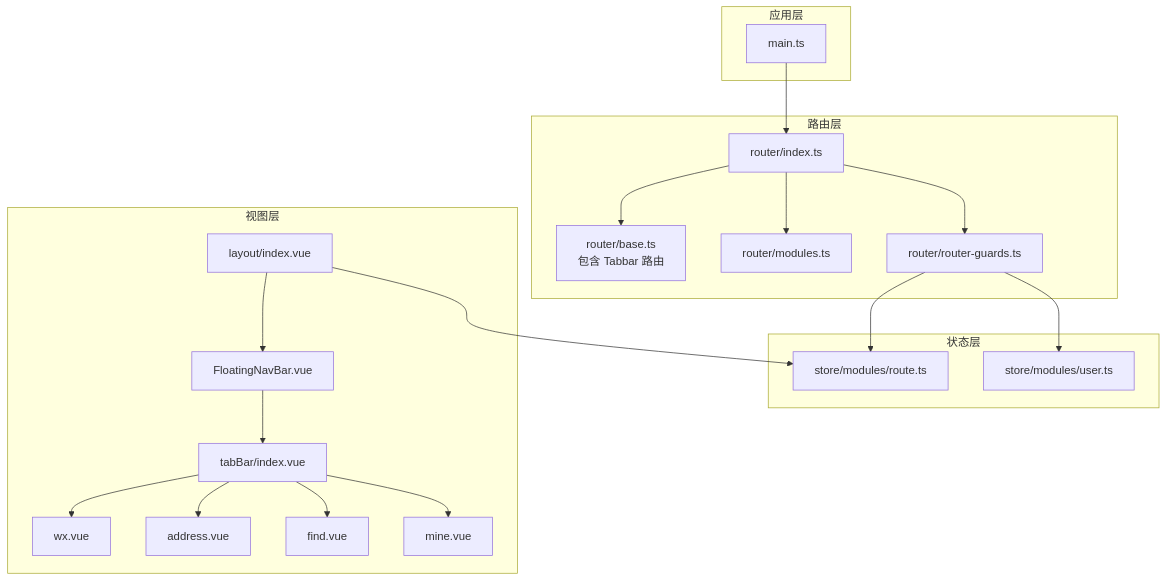
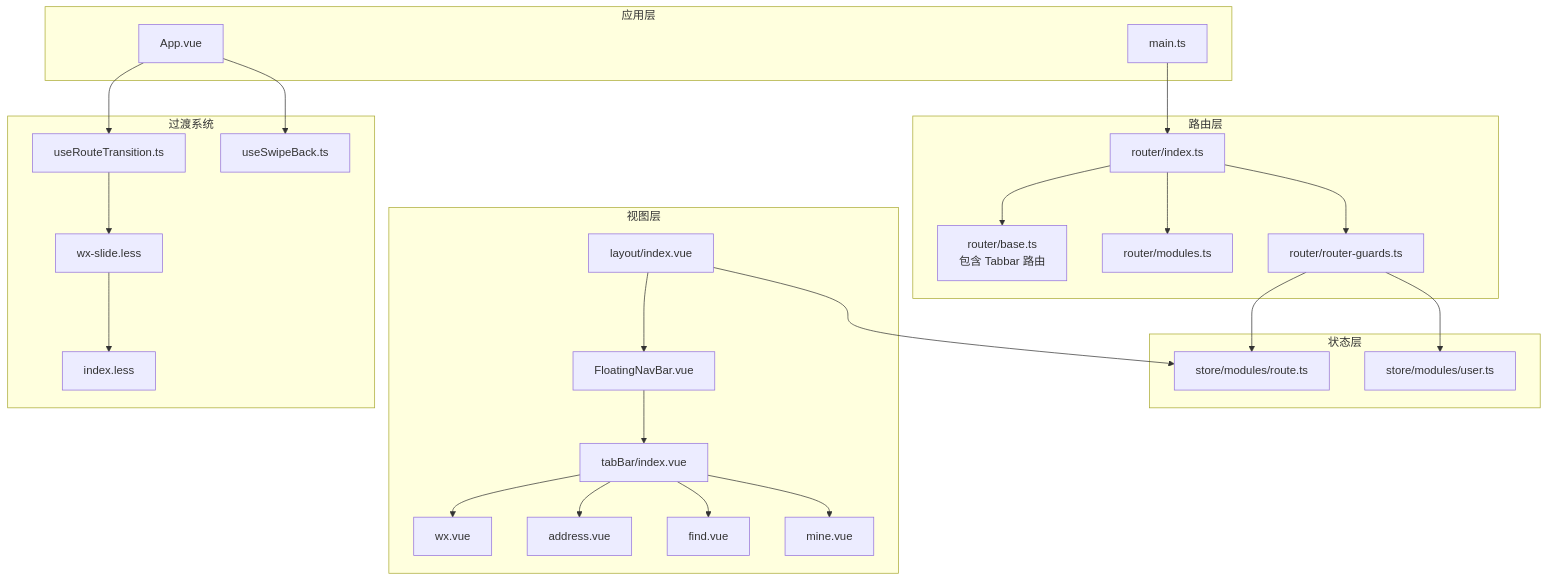
Before and after one commit to giserman001/vue3-vant4-mobile: the second of 11 diagrams in .qoder/repowiki/zh/content/核心系统/路由系统.md, drawn with Mermaid. The commit also changed other lines of this file and 17 other files, not shown here.

First line of the commit message:
docs(icon-system): 补充微信风格图标系统文档及架构说明

````diff
--- a/.qoder/repowiki/zh/content/核心系统/路由系统.md
+++ b/.qoder/repowiki/zh/content/核心系统/路由系统.md
@@ -136,38 +161,49 @@
 ```mermaid
 graph TB
 subgraph "应用层"
 M["main.ts"]
+O["App.vue"]
 end
 subgraph "路由层"
 R["router/index.ts"]
 B["router/base.ts<br/>包含 Tabbar 路由"]
 U["router/modules.ts"]
 G["router/router-guards.ts"]
 end
 subgraph "状态层"
 SR["store/modules/route.ts"]
 SU["store/modules/user.ts"]
 end
 subgraph "视图层"
 L["layout/index.vue"]
 F["FloatingNavBar.vue"]
 T["tabBar/index.vue"]
 WX["wx.vue"]
 ADDR["address.vue"]
 FIND["find.vue"]
 MINE["mine.vue"]
 end
+subgraph "过渡系统"
+RT["useRouteTransition.ts"]
+SB["useSwipeBack.ts"]
+WS["wx-slide.less"]
+IL["index.less"]
+end
 M --> R
 R --> B
 R --> U
 R --> G
 G --> SR
 G --> SU
 L --> SR
 L --> F
 F --> T
 T --> WX
 T --> ADDR
 T --> FIND
 T --> MINE
+O --> RT
+O --> SB
+RT --> WS
+WS --> IL
 ```
````
